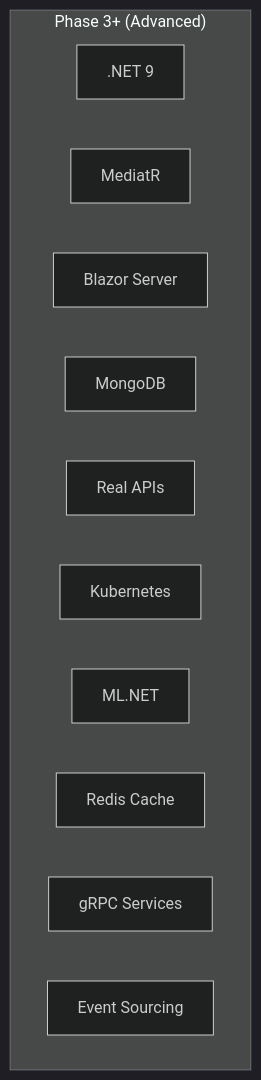
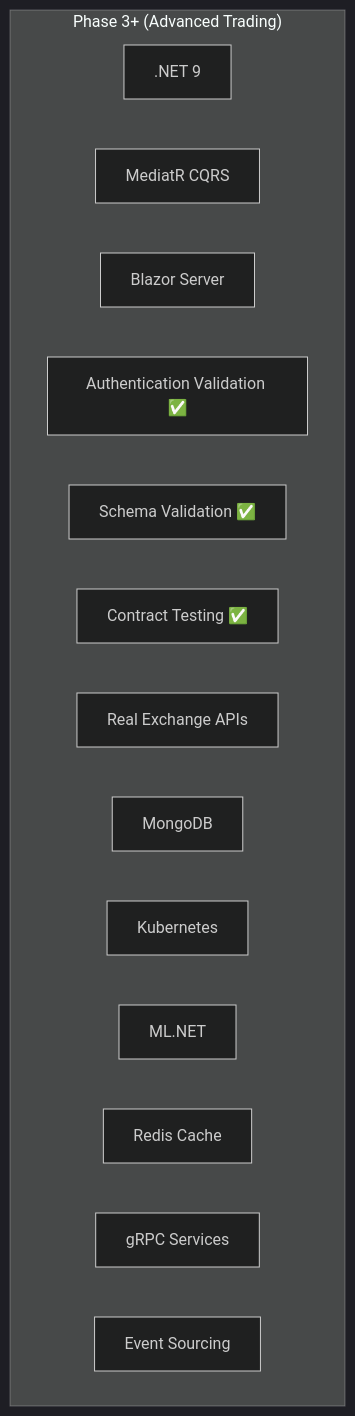
Before and after one commit to ygor/crypto-arbitrage: the third of 3 diagrams in ROADMAP.md, drawn with Mermaid (dark theme). The commit also changed other lines of this file and 5 other files, not shown here.

````diff
--- a/ROADMAP.md
+++ b/ROADMAP.md
@@ -308,15 +379,18 @@
 ```mermaid
 graph TB
-    subgraph "Phase 3+ (Advanced)"
+    subgraph "Phase 3+ (Advanced Trading)"
         NET9[.NET 9]
-        MR[MediatR]
+        MR[MediatR CQRS]
         BLZ[Blazor Server]
+        AUTH[Authentication Validation ✅]
+        SCHEMA[Schema Validation ✅]
+        CONTRACT[Contract Testing ✅]
+        REAL[Real Exchange APIs]
         MONGO[MongoDB]
-        REAL[Real APIs]
         K8S[Kubernetes]
         ML[ML.NET]
         REDIS[Redis Cache]
         GRPC[gRPC Services]
         ES[Event Sourcing]
     end
 ```
````
